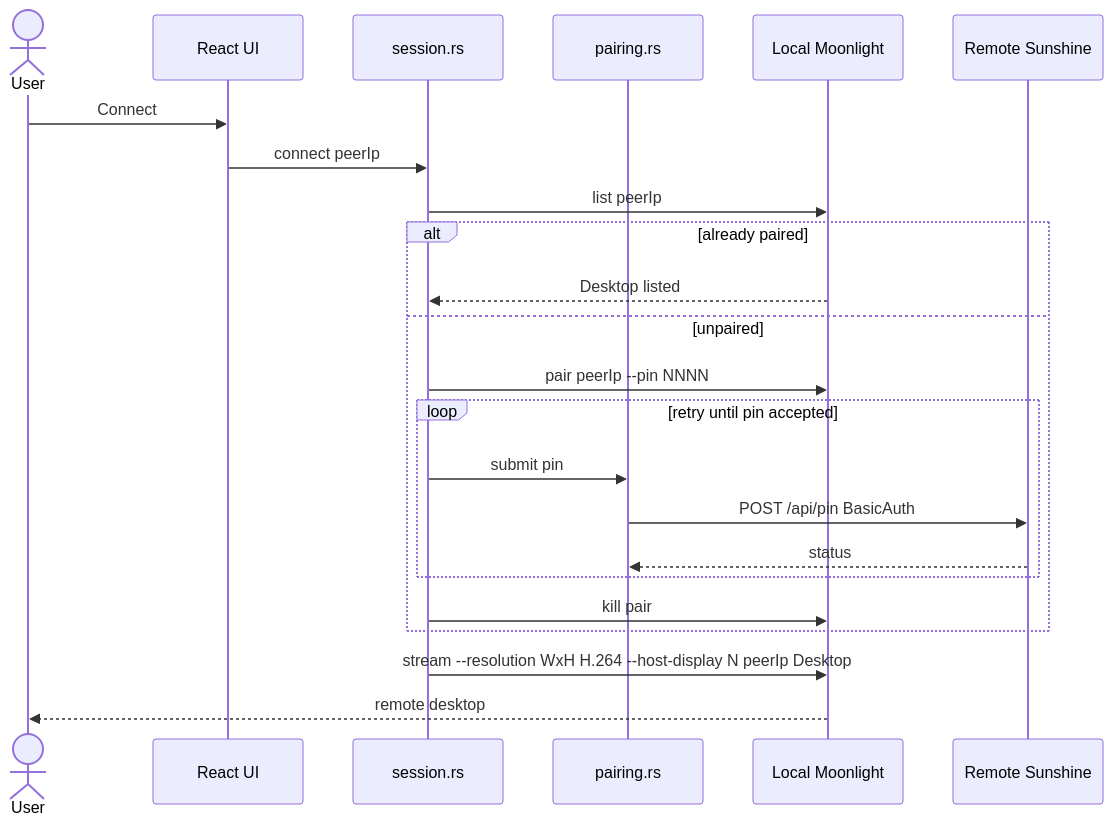
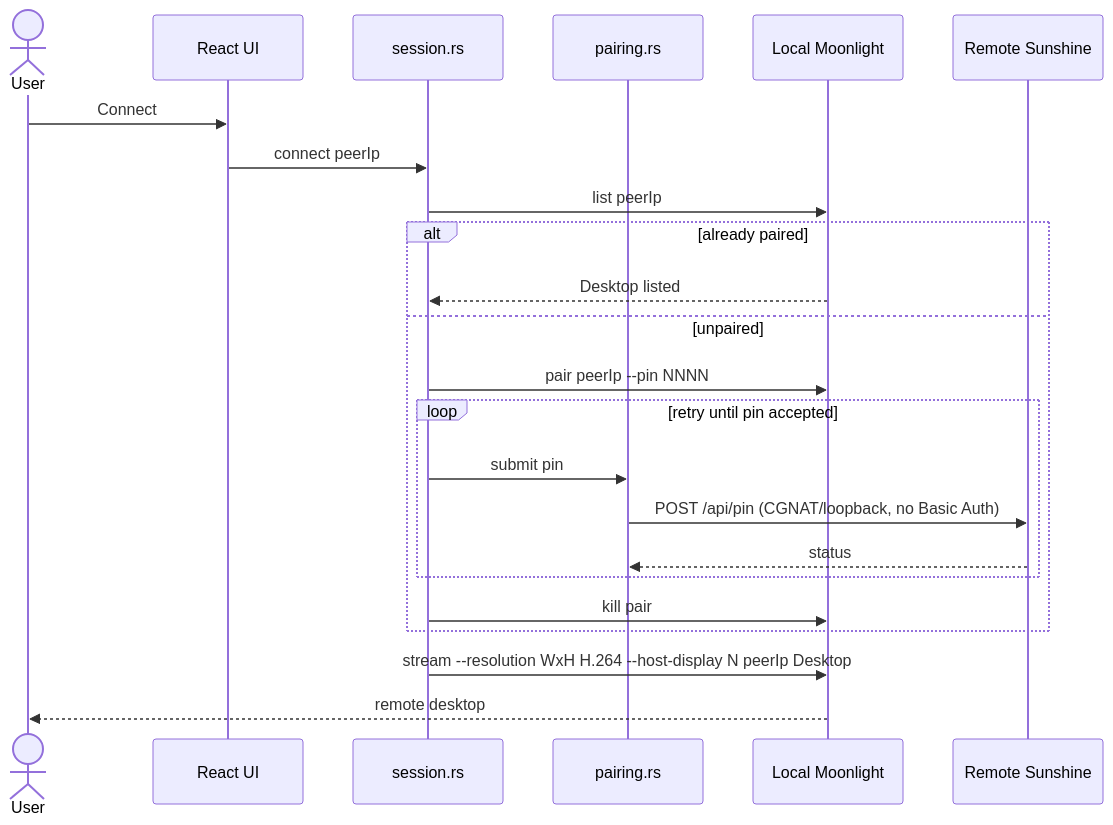
Before and after one commit to xy-zak/Eclipse: the second of 3 diagrams in docs/Architecture_Specification.md, drawn with Mermaid. The commit also changed other lines of this file and 64 other files, not shown here.

````diff
--- a/docs/Architecture_Specification.md
+++ b/docs/Architecture_Specification.md
@@ -191,25 +191,25 @@
 ```mermaid
 sequenceDiagram
   actor User
   participant UI as React UI
   participant Session as session.rs
   participant Pair as pairing.rs
   participant Moon as Local Moonlight
   participant Sun as Remote Sunshine
   User->>UI: Connect
   UI->>Session: connect peerIp
   Session->>Moon: list peerIp
   alt already paired
     Moon-->>Session: Desktop listed
   else unpaired
     Session->>Moon: pair peerIp --pin NNNN
     loop retry until pin accepted
       Session->>Pair: submit pin
-      Pair->>Sun: POST /api/pin BasicAuth
+      Pair->>Sun: POST /api/pin (CGNAT/loopback, no Basic Auth)
       Sun-->>Pair: status
     end
     Session->>Moon: kill pair
   end
   Session->>Moon: stream --resolution WxH H.264 --host-display N peerIp Desktop
   Moon-->>User: remote desktop
 ```
````
